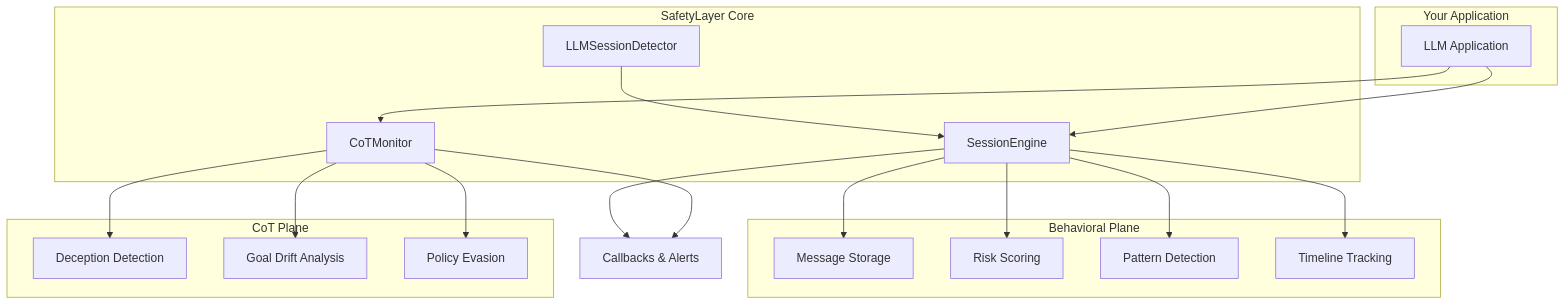
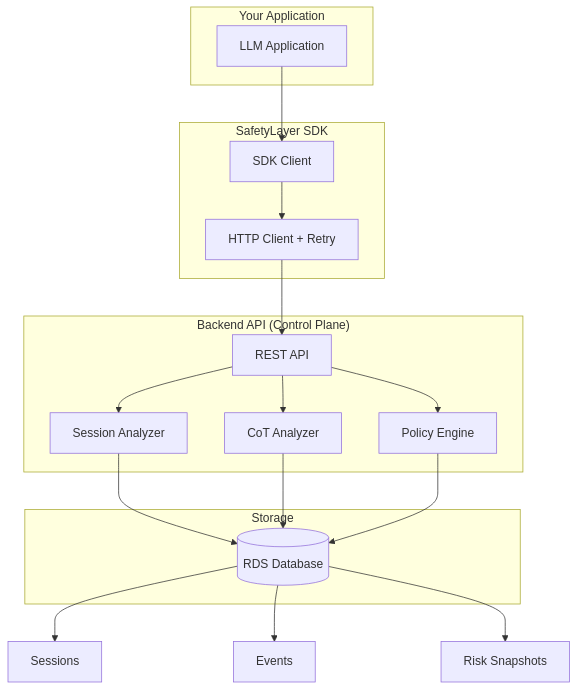
Before and after one commit to conorg000/chachadotai: the first of 3 diagrams in docs/architecture.mdx, drawn with Mermaid. The commit also changed other lines of this file and 32 other files, not shown here.

````diff
--- a/docs/architecture.mdx
+++ b/docs/architecture.mdx
@@ -10,32 +10,38 @@
 ```mermaid
 graph TB
     subgraph "Your Application"
         APP[LLM Application]
     end
     
-    subgraph "SafetyLayer Core"
-        SE[SessionEngine]
-        COT[CoTMonitor]
-        LLM[LLMSessionDetector]
+    subgraph "SafetyLayer SDK"
+        SDK[SDK Client]
+        HTTP[HTTP Client + Retry]
     end
     
-    subgraph "Behavioral Plane"
-        SE --> MSG[Message Storage]
-        SE --> RISK[Risk Scoring]
-        SE --> PATTERN[Pattern Detection]
-        SE --> TIMELINE[Timeline Tracking]
-        LLM --> SE
+    subgraph "Backend API (Control Plane)"
+        API[REST API]
+        SA[Session Analyzer]
+        COT[CoT Analyzer]
+        PE[Policy Engine]
     end
     
-    subgraph "CoT Plane"
-        COT --> DECEPT[Deception Detection]
-        COT --> DRIFT[Goal Drift Analysis]
-        COT --> POL[Policy Evasion]
+    subgraph "Storage"
+        DB[(RDS Database)]
     end
     
-    APP --> SE
-    APP --> COT
+    APP --> SDK
+    SDK --> HTTP
+    HTTP --> API
     
-    SE --> ALERTS[Callbacks & Alerts]
-    COT --> ALERTS
+    API --> SA
+    API --> COT
+    API --> PE
+    
+    SA --> DB
+    COT --> DB
+    PE --> DB
+    
+    DB --> SESS[Sessions]
+    DB --> EVENTS[Events]
+    DB --> SNAP[Risk Snapshots]
 ```
````
